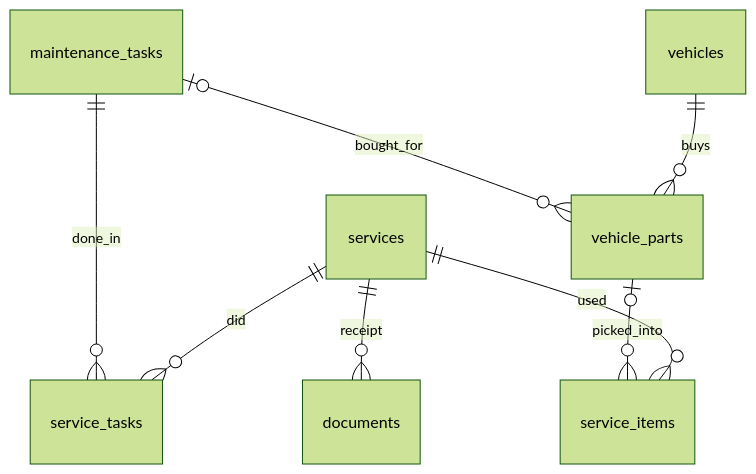
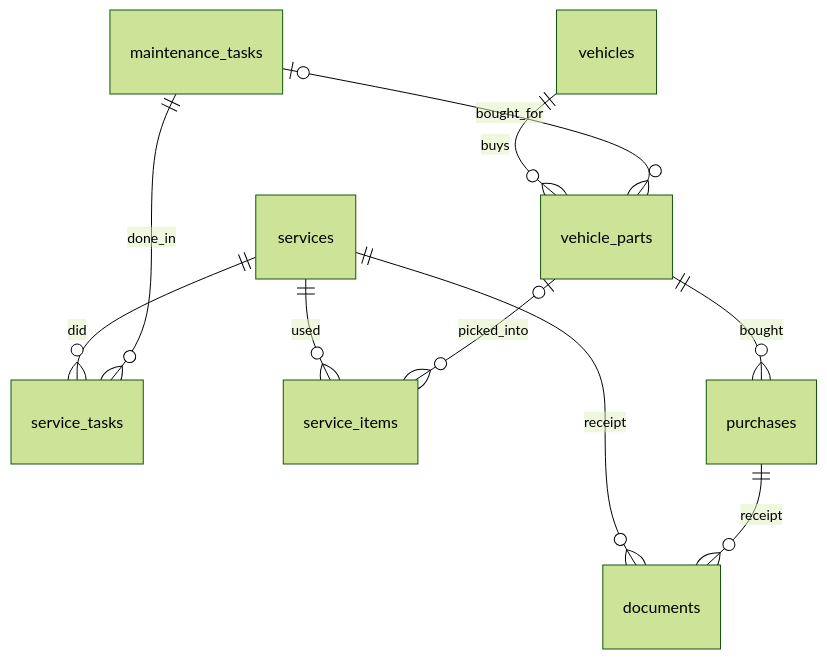
Before and after one commit to tmy-code/tmy_garage: the third of 3 diagrams in docs/data-model.md, drawn with Mermaid (forest theme). The commit also changed other lines of this file and 21 other files, not shown here.

````diff
--- a/docs/data-model.md
+++ b/docs/data-model.md
@@ -197,10 +197,12 @@
 ```mermaid
 erDiagram
   services ||--o{ service_tasks : did
   maintenance_tasks ||--o{ service_tasks : done_in
   services ||--o{ service_items : used
   vehicles ||--o{ vehicle_parts : buys
   vehicle_parts |o--o{ service_items : picked_into
   maintenance_tasks |o--o{ vehicle_parts : bought_for
+  vehicle_parts ||--o{ purchases : bought
   services ||--o{ documents : receipt
+  purchases ||--o{ documents : receipt
 ```
````
